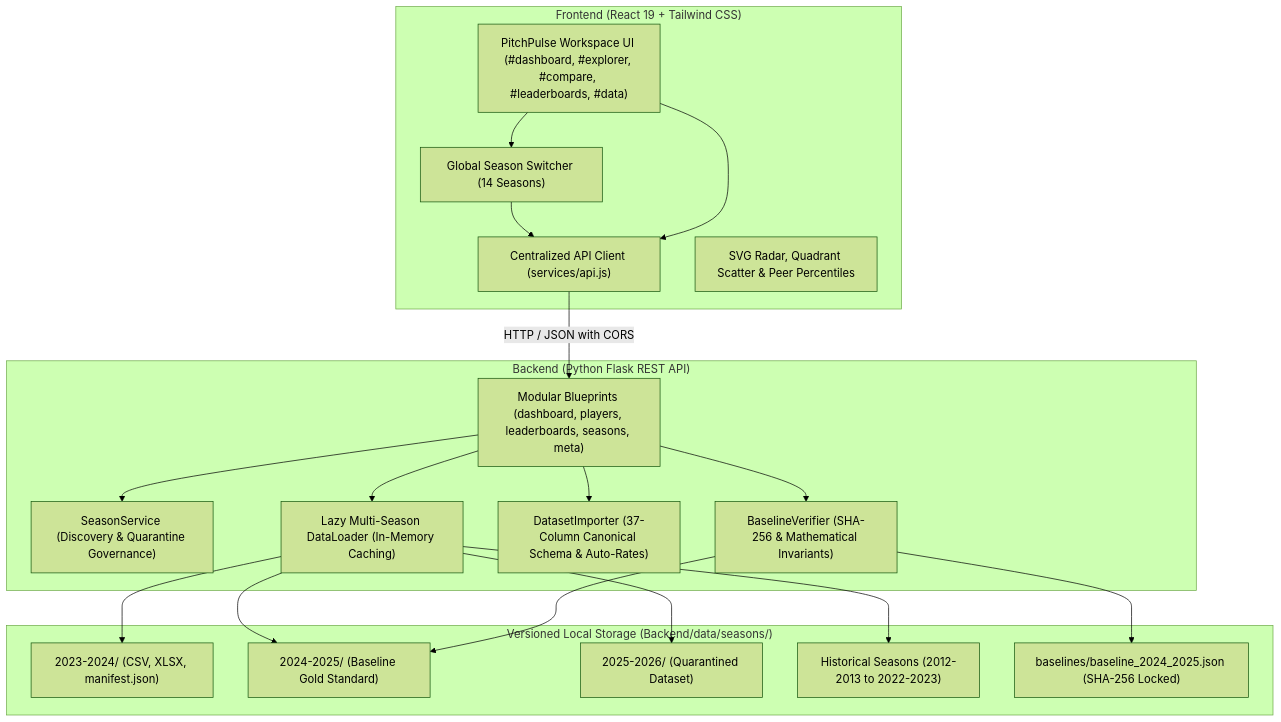
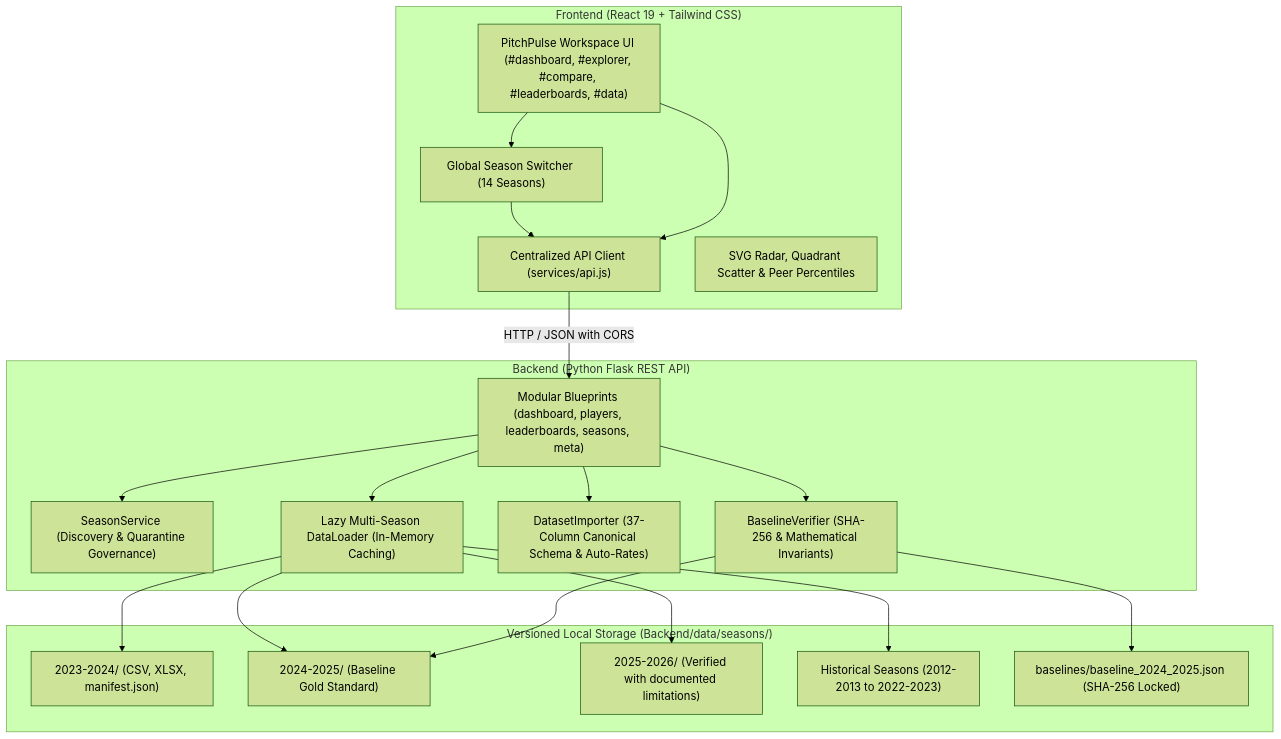
One commit to rk0802p/pitchpulse-analytics changed the diagram in README.md. Above: the diagram before and after it, drawn with Mermaid (forest theme). The commit also changed other lines of this file and 23 other files, not shown here.

````diff
--- a/README.md
+++ b/README.md
@@ -79,40 +79,40 @@
 ```mermaid
 flowchart TD
     subgraph Client ["Frontend (React 19 + Tailwind CSS)"]
         UI["PitchPulse Workspace UI (#dashboard, #explorer, #compare, #leaderboards, #data)"]
         Switcher["Global Season Switcher (14 Seasons)"]
         APIClient["Centralized API Client (services/api.js)"]
         Visuals["SVG Radar, Quadrant Scatter & Peer Percentiles"]
     end
 
     subgraph Server ["Backend (Python Flask REST API)"]
         Routes["Modular Blueprints (dashboard, players, leaderboards, seasons, meta)"]
         SeasonService["SeasonService (Discovery & Quarantine Governance)"]
         DataLoader["Lazy Multi-Season DataLoader (In-Memory Caching)"]
         Importer["DatasetImporter (37-Column Canonical Schema & Auto-Rates)"]
         Verifier["BaselineVerifier (SHA-256 & Mathematical Invariants)"]
     end
 
     subgraph Storage ["Versioned Local Storage (Backend/data/seasons/)"]
         S23["2023-2024/ (CSV, XLSX, manifest.json)"]
         S24["2024-2025/ (Baseline Gold Standard)"]
-        S25["2025-2026/ (Quarantined Dataset)"]
+        S25["2025-2026/ (Verified with documented limitations)"]
         SHist["Historical Seasons (2012-2013 to 2022-2023)"]
         BaseJSON["baselines/baseline_2024_2025.json (SHA-256 Locked)"]
     end
 
     UI --> Switcher
     Switcher --> APIClient
     UI --> APIClient
     APIClient -->|HTTP / JSON with CORS| Routes
     Routes --> SeasonService
     Routes --> DataLoader
     Routes --> Importer
     Routes --> Verifier
     DataLoader --> S24
     DataLoader --> S23
     DataLoader --> SHist
     DataLoader --> S25
     Verifier --> BaseJSON
     Verifier --> S24
 ```
````
